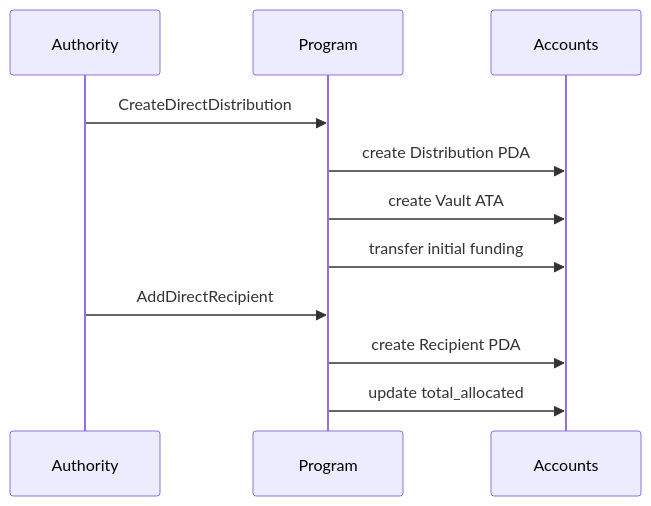
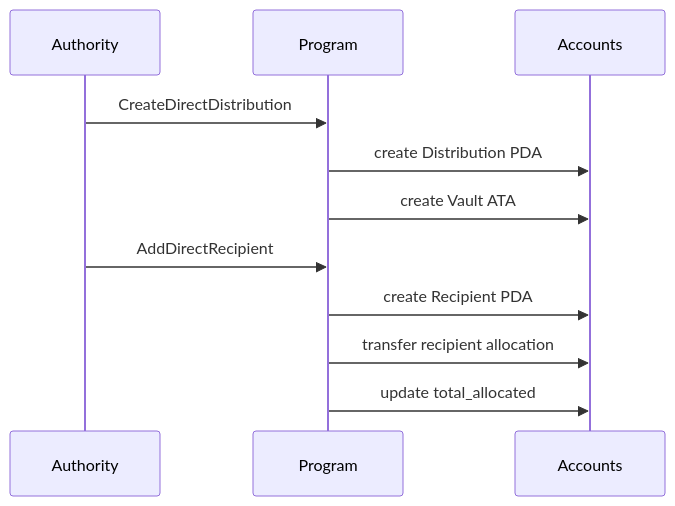
One commit to solana-foundation/rewards changed the first of 5 diagrams in README.md. Above: the diagram before and after it, drawn with Mermaid. The commit also changed other lines of this file, not shown here.

````diff
--- a/README.md
+++ b/README.md
@@ -145,15 +96,14 @@
 ```mermaid
 sequenceDiagram
     participant Authority
     participant Program
     participant Accounts
 
     Authority->>Program: CreateDirectDistribution
     Program->>Accounts: create Distribution PDA
     Program->>Accounts: create Vault ATA
-    Program->>Accounts: transfer initial funding
-
     Authority->>Program: AddDirectRecipient
     Program->>Accounts: create Recipient PDA
+    Program->>Accounts: transfer recipient allocation
     Program->>Accounts: update total_allocated
 ```
````
